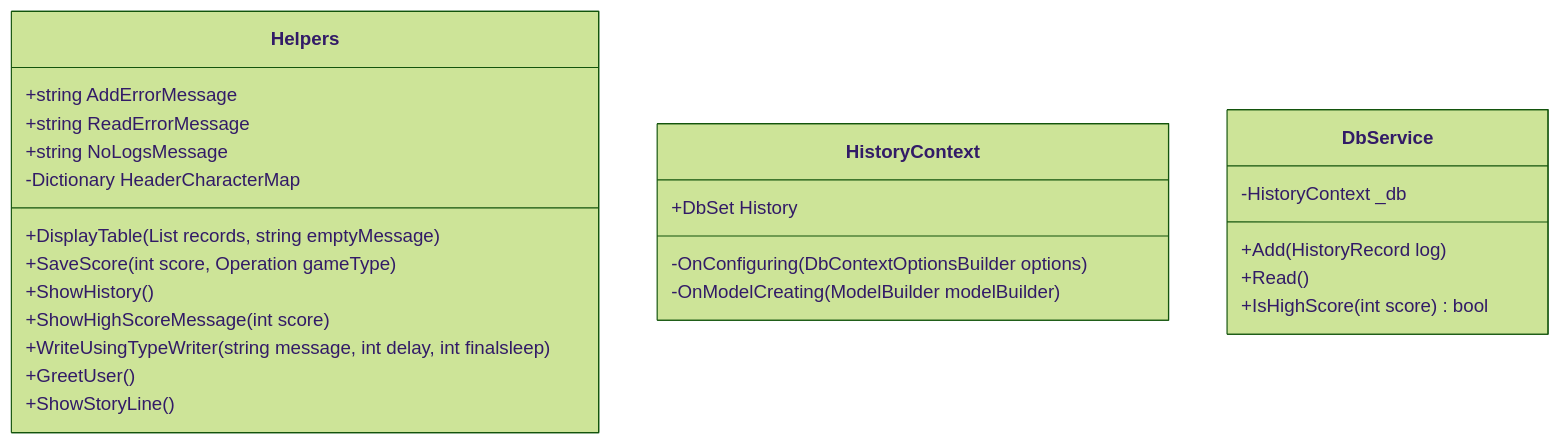
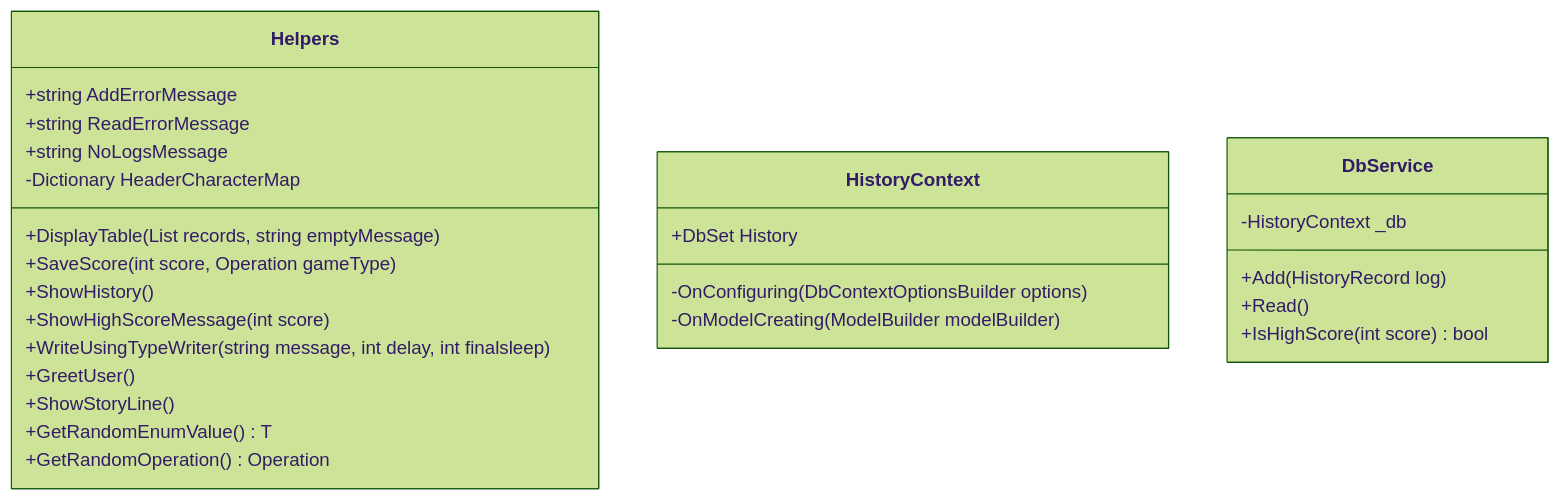
The fourth of 4 diagrams in readme.md (CodeDreamer06/MathGameChallenge), drawn with Mermaid (forest theme) before and after one commit. The commit also changed other lines of this file, not shown here.

Commit message:
Updated UML

````diff
--- a/readme.md
+++ b/readme.md
@@ -131,29 +137,31 @@
 ```mermaid
 classDiagram
   class Helpers {
     +string AddErrorMessage
     +string ReadErrorMessage
     +string NoLogsMessage
     -Dictionary HeaderCharacterMap
     +DisplayTable(List records, string emptyMessage)
     +SaveScore(int score, Operation gameType)
     +ShowHistory()
     +ShowHighScoreMessage(int score)
     +WriteUsingTypeWriter(string message, int delay, int finalsleep)
     +GreetUser()
     +ShowStoryLine()
+    +GetRandomEnumValue<T>() T
+    +GetRandomOperation() Operation
   }
   
   class HistoryContext {
     +DbSet History
     -OnConfiguring(DbContextOptionsBuilder options)
     -OnModelCreating(ModelBuilder modelBuilder)
   }
   
   class DbService {
 	  -HistoryContext _db
 	  +Add(HistoryRecord log)
 	  +Read()
 	  +IsHighScore(int score) bool
   }
 ```
````
